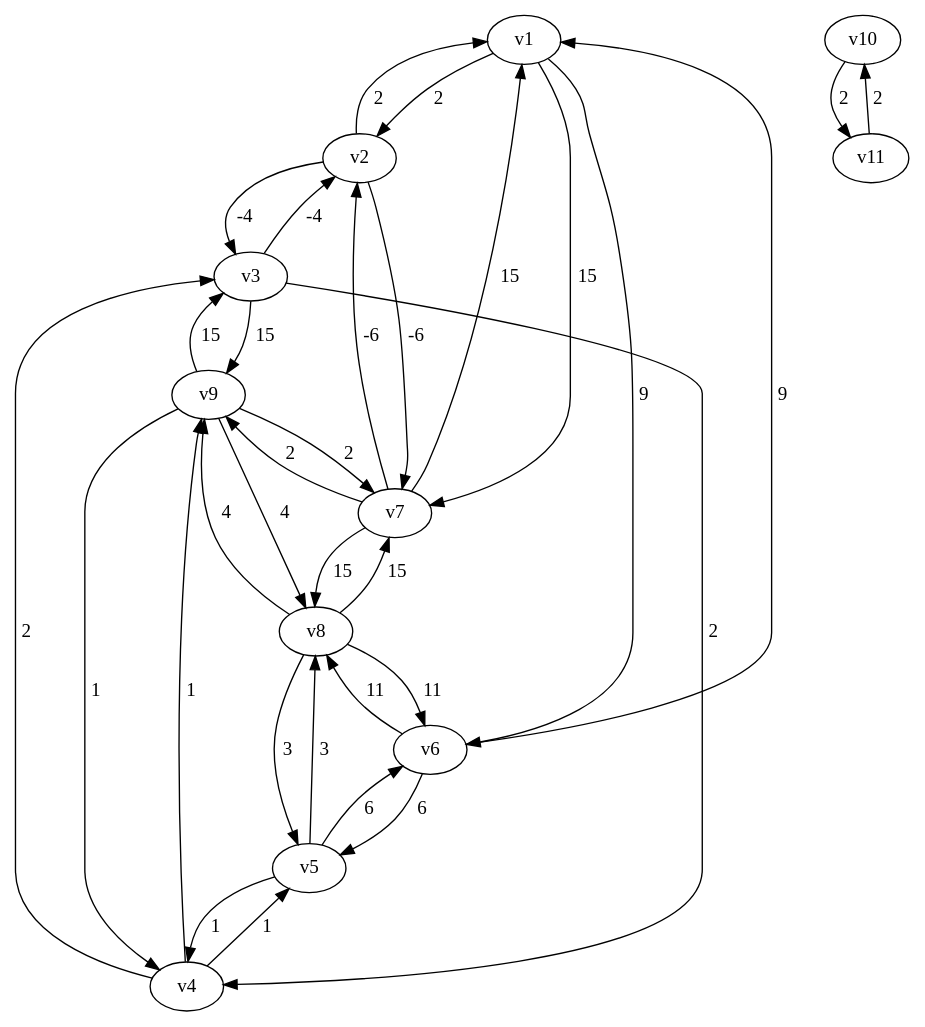
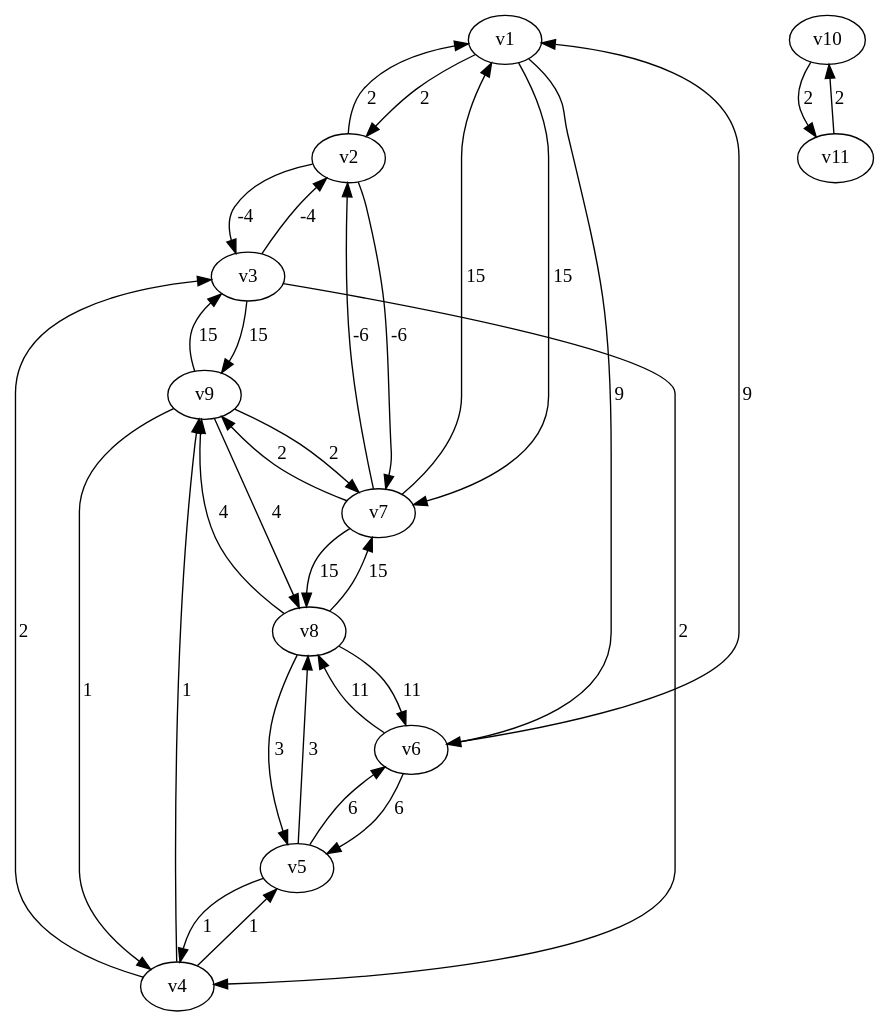
The diagram in io/graph_05.dot (MaxPower9001/B-AI3GKAP), drawn with Graphviz before and after one commit. The commit also changed 21 other files, not shown here.

```diff
--- a/io/graph_05.dot
+++ b/io/graph_05.dot
@@ -1,46 +1,46 @@
 digraph graph_05
 {
 v1
 v2
 v6
 v7
 v3
 v4
 v9
 v5
 v8
 v10
 v11
-v1 -> v2 [label=" 2  "]
-v1 -> v6 [label=" 9  "]
-v1 -> v7 [label=" 15  "]
-v2 -> v1 [label=" 2  "]
-v2 -> v7 [label=" -6  "]
-v2 -> v3 [label=" -4  "]
-v6 -> v1 [label=" 9  "]
-v6 -> v5 [label=" 6  "]
-v6 -> v8 [label=" 11  "]
-v7 -> v1 [label=" 15  "]
-v7 -> v2 [label=" -6  "]
-v7 -> v9 [label=" 2  "]
-v7 -> v8 [label=" 15  "]
-v3 -> v2 [label=" -4  "]
-v3 -> v4 [label=" 2  "]
-v3 -> v9 [label=" 15  "]
-v4 -> v3 [label=" 2  "]
-v4 -> v9 [label=" 1  "]
-v4 -> v5 [label=" 1  "]
-v9 -> v7 [label=" 2  "]
-v9 -> v3 [label=" 15  "]
-v9 -> v4 [label=" 1  "]
-v9 -> v8 [label=" 4  "]
-v5 -> v6 [label=" 6  "]
-v5 -> v4 [label=" 1  "]
-v5 -> v8 [label=" 3  "]
-v8 -> v6 [label=" 11  "]
-v8 -> v7 [label=" 15  "]
-v8 -> v9 [label=" 4  "]
-v8 -> v5 [label=" 3  "]
-v10 -> v11 [label=" 2  "]
-v11 -> v10 [label=" 2  "]
+v1 -> v2 [label="2  "]
+v1 -> v6 [label="9  "]
+v1 -> v7 [label="15  "]
+v2 -> v1 [label="2  "]
+v2 -> v7 [label="-6  "]
+v2 -> v3 [label="-4  "]
+v6 -> v1 [label="9  "]
+v6 -> v5 [label="6  "]
+v6 -> v8 [label="11  "]
+v7 -> v1 [label="15  "]
+v7 -> v2 [label="-6  "]
+v7 -> v9 [label="2  "]
+v7 -> v8 [label="15  "]
+v3 -> v2 [label="-4  "]
+v3 -> v4 [label="2  "]
+v3 -> v9 [label="15  "]
+v4 -> v3 [label="2  "]
+v4 -> v9 [label="1  "]
+v4 -> v5 [label="1  "]
+v9 -> v7 [label="2  "]
+v9 -> v3 [label="15  "]
+v9 -> v4 [label="1  "]
+v9 -> v8 [label="4  "]
+v5 -> v6 [label="6  "]
+v5 -> v4 [label="1  "]
+v5 -> v8 [label="3  "]
+v8 -> v6 [label="11  "]
+v8 -> v7 [label="15  "]
+v8 -> v9 [label="4  "]
+v8 -> v5 [label="3  "]
+v10 -> v11 [label="2  "]
+v11 -> v10 [label="2  "]
 }
```
